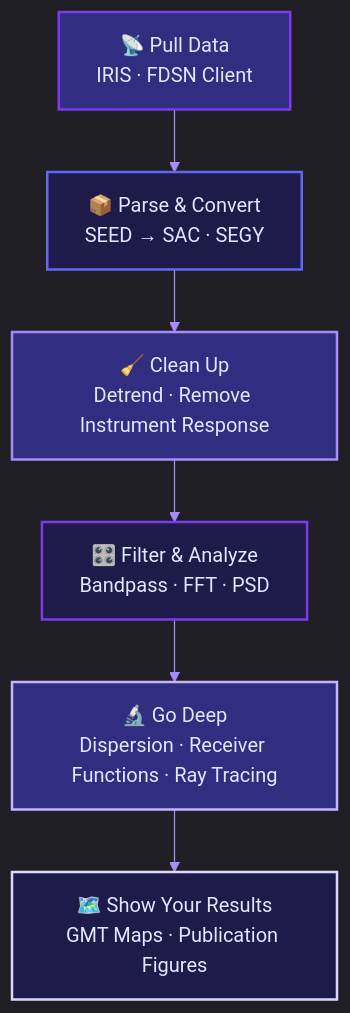
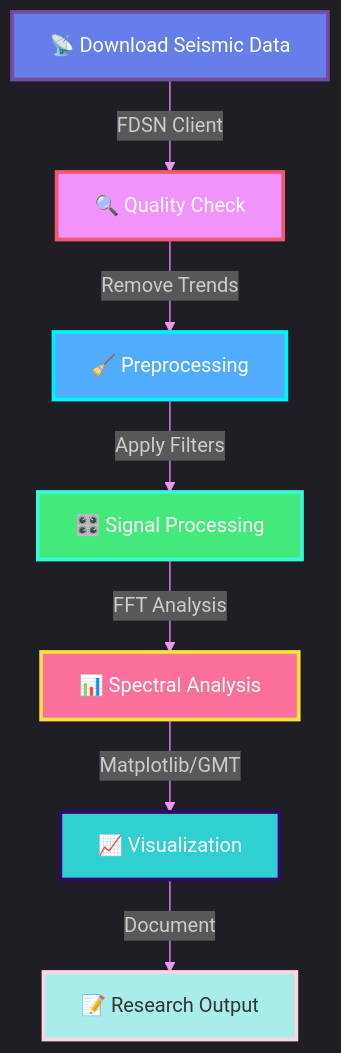
One commit to Ashraf-ISM/seismological-data-analysis changed the diagram in README.md. Above: the diagram before and after it, drawn with Mermaid. The commit also changed other lines of this file, not shown here.

````diff
--- a/README.md
+++ b/README.md
@@ -309,17 +365,19 @@
 ```mermaid
-%%{init: {'theme':'dark', 'themeVariables': {'primaryColor':'#7c3aed','primaryTextColor':'#fff','primaryBorderColor':'#a78bfa','lineColor':'#a78bfa','secondaryColor':'#6366f1','tertiaryColor':'#312e81'}}}%%
+%%{init: {'theme':'dark', 'themeVariables': { 'primaryColor':'#667eea','primaryTextColor':'#fff','primaryBorderColor':'#764ba2','lineColor':'#f093fb','secondaryColor':'#4facfe','tertiaryColor':'#00f2fe'}}}%%
 
-graph TD
-    A["📡 Pull Data\nIRIS · FDSN Client"] --> B["📦 Parse & Convert\nSEED → SAC · SEGY"]
-    B --> C["🧹 Clean Up\nDetrend · Remove Instrument Response"]
-    C --> D["🎛️ Filter & Analyze\nBandpass · FFT · PSD"]
-    D --> E["🔬 Go Deep\nDispersion · Receiver Functions · Ray Tracing"]
-    E --> F["🗺️ Show Your Results\nGMT Maps · Publication Figures"]
-
-    style A fill:#312e81,stroke:#7c3aed,stroke-width:2px,color:#e0e7ff
-    style B fill:#1e1b4b,stroke:#6366f1,stroke-width:2px,color:#e0e7ff
-    style C fill:#312e81,stroke:#a78bfa,stroke-width:2px,color:#e0e7ff
-    style D fill:#1e1b4b,stroke:#7c3aed,stroke-width:2px,color:#e0e7ff
-    style E fill:#312e81,stroke:#c4b5fd,stroke-width:2px,color:#e0e7ff
-    style F fill:#1e1b4b,stroke:#ddd6fe,stroke-width:2px,color:#e0e7ff
+graph TB
+    A[📡 Download Seismic Data] -->|FDSN Client| B[🔍 Quality Check]
+    B -->|Remove Trends| C[🧹 Preprocessing]
+    C -->|Apply Filters| D[🎛️ Signal Processing]
+    D -->|FFT Analysis| E[📊 Spectral Analysis]
+    E -->|Matplotlib/GMT| F[📈 Visualization]
+    F -->|Document| G[📝 Research Output]
+    
+    style A fill:#667eea,stroke:#764ba2,stroke-width:3px,color:#fff
+    style B fill:#f093fb,stroke:#f5576c,stroke-width:3px,color:#fff
+    style C fill:#4facfe,stroke:#00f2fe,stroke-width:3px,color:#fff
+    style D fill:#43e97b,stroke:#38f9d7,stroke-width:3px,color:#fff
+    style E fill:#fa709a,stroke:#fee140,stroke-width:3px,color:#fff
+    style F fill:#30cfd0,stroke:#330867,stroke-width:3px,color:#fff
+    style G fill:#a8edea,stroke:#fed6e3,stroke-width:3px,color:#333
 ```
````
